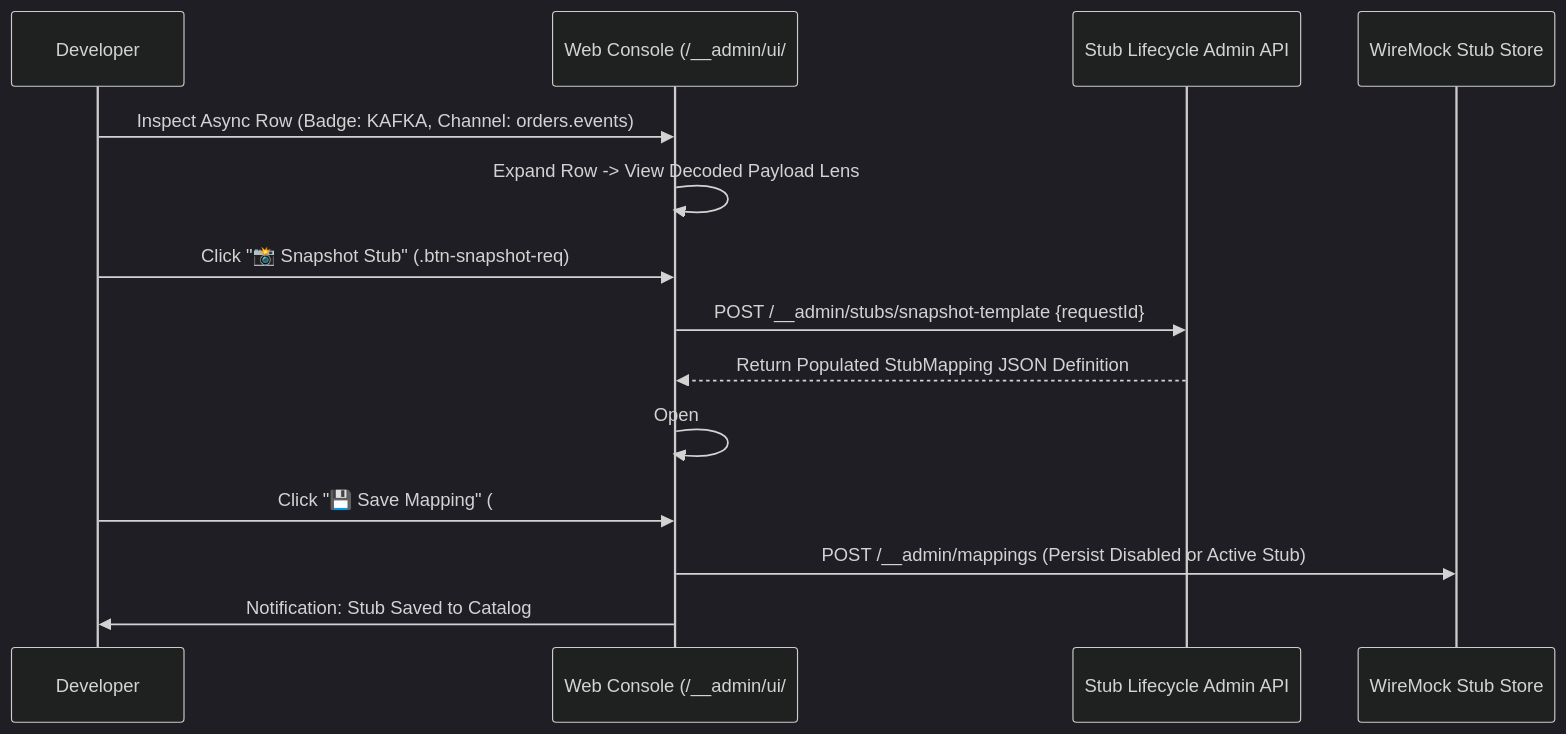
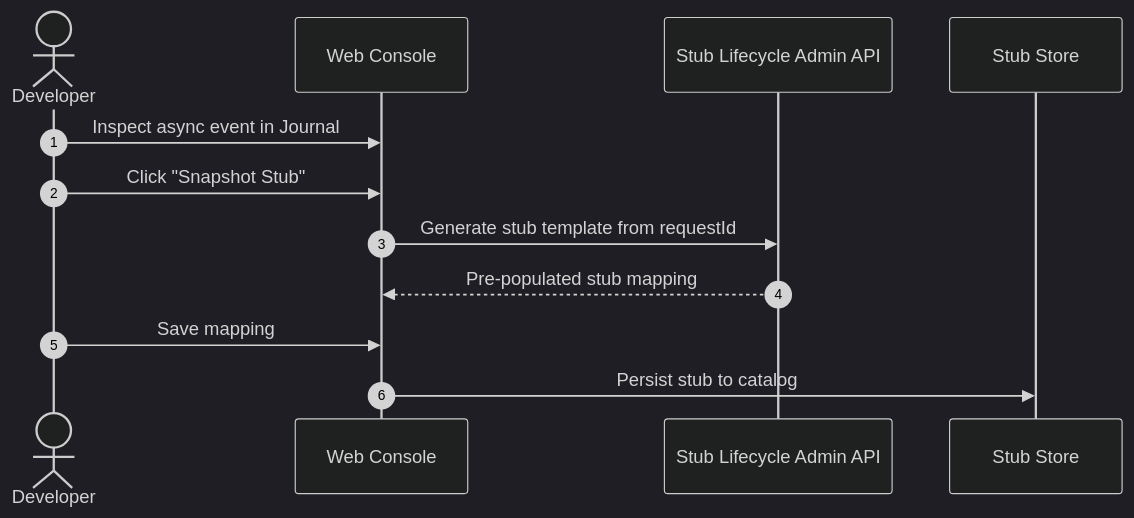
Before and after one commit to mattiasgreen/wiremock-extensions: the eighth of 8 diagrams in wiremock-extension-async/README.md, drawn with Mermaid (dark theme). The commit also changed other lines of this file and 17 other files, not shown here.

First line of the commit message:
feat(ui,async): add protocol column and refine SUT operation semantics in journal (#103)

````diff
--- a/wiremock-extension-async/README.md
+++ b/wiremock-extension-async/README.md
@@ -198,17 +155,15 @@
 ```mermaid
 sequenceDiagram
-    participant Dev as Developer
-    participant UI as Web Console (/__admin/ui/#journal)
-    participant API as Stub Lifecycle Admin API
-    participant Store as WireMock Stub Store
+    autonumber
+    actor Dev as Developer
+    participant UI as Web Console
+    participant Admin as Stub Lifecycle Admin API
+    participant Store as Stub Store
 
-    Dev->>UI: Inspect Async Row (Badge: KAFKA, Channel: orders.events)
-    UI->>UI: Expand Row -> View Decoded Payload Lens
-    Dev->>UI: Click "📸 Snapshot Stub" (.btn-snapshot-req)
-    UI->>API: POST /__admin/stubs/snapshot-template {requestId}
-    API-->>UI: Return Populated StubMapping JSON Definition
-    UI->>UI: Open #stub-editor-modal with URL /__async/kafka/orders.events
-    Dev->>UI: Click "💾 Save Mapping" (#btn-save-editor)
-    UI->>Store: POST /__admin/mappings (Persist Disabled or Active Stub)
-    UI->>Dev: Notification: Stub Saved to Catalog
+    Dev->>UI: Inspect async event in Journal
+    Dev->>UI: Click "Snapshot Stub"
+    UI->>Admin: Generate stub template from requestId
+    Admin-->>UI: Pre-populated stub mapping
+    Dev->>UI: Save mapping
+    UI->>Store: Persist stub to catalog
 ```
````
